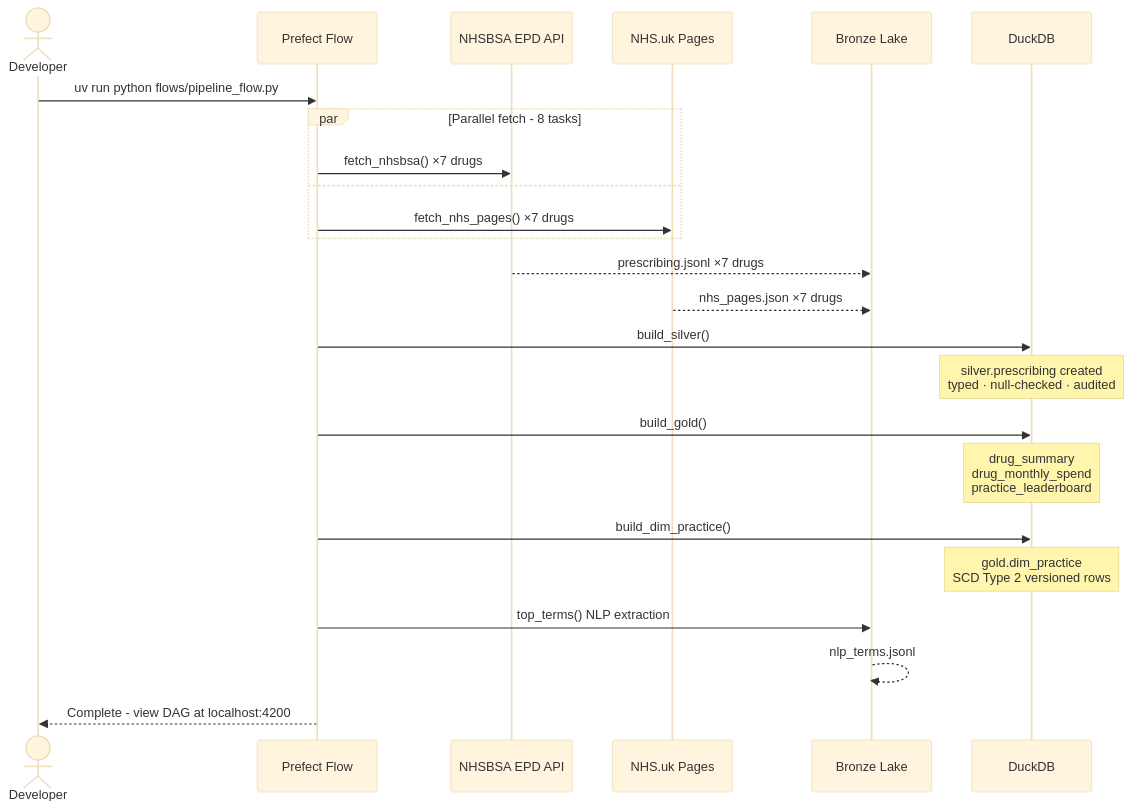
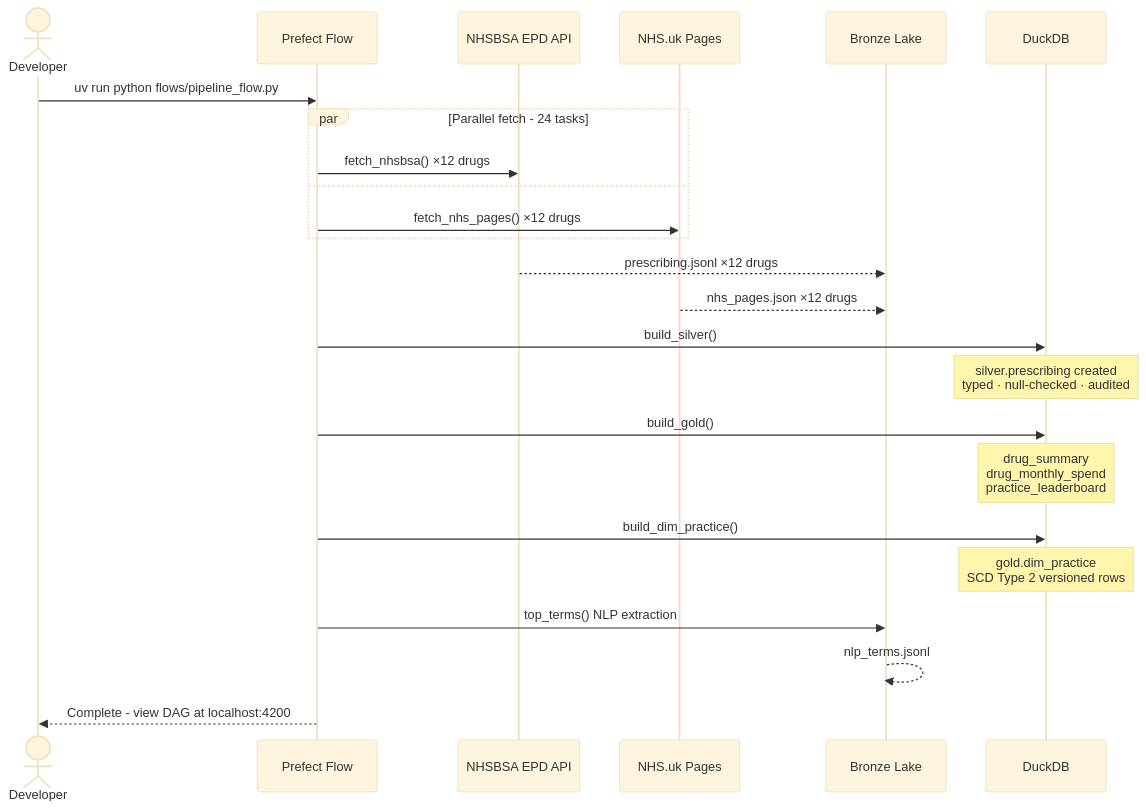
One commit to po-DRA/uk-healthcare-big-data-pipeline changed the second of 3 diagrams in README.md. Above: the diagram before and after it, drawn with Mermaid (base theme). The commit also changed other lines of this file and 2 other files, not shown here.

Commit message:
Fix doc inconsistencies and update for 12-drug pipeline
- LABS.md: fix Bronze glob pattern (lake/*/*), CCG count (135→106),
  NLP example drugs (salbutamol had 0 terms), stale "four drugs" ref,
  add Codespaces PREFECT_UI_API_URL instructions
- README.md: update parallel task counts (8→24, 7→12 drugs) in flowchart,
  sequence diagram, and Prefect section; fix output filename node

````diff
--- a/README.md
+++ b/README.md
@@ -192,34 +192,34 @@
 ```mermaid
 sequenceDiagram
     actor Dev as Developer
     participant PF as Prefect Flow
     participant API as NHSBSA EPD API
     participant NHS as NHS.uk Pages
     participant Bronze as Bronze Lake
     participant DB as DuckDB
 
     Dev->>PF: uv run python flows/pipeline_flow.py
 
-    par Parallel fetch - 8 tasks
-        PF->>API: fetch_nhsbsa() ×7 drugs
+    par Parallel fetch - 24 tasks
+        PF->>API: fetch_nhsbsa() ×12 drugs
     and
-        PF->>NHS: fetch_nhs_pages() ×7 drugs
+        PF->>NHS: fetch_nhs_pages() ×12 drugs
     end
 
-    API-->>Bronze: prescribing.jsonl ×7 drugs
-    NHS-->>Bronze: nhs_pages.json ×7 drugs
+    API-->>Bronze: prescribing.jsonl ×12 drugs
+    NHS-->>Bronze: nhs_pages.json ×12 drugs
 
     PF->>DB: build_silver()
     Note over DB: silver.prescribing created<br/>typed · null-checked · audited
 
     PF->>DB: build_gold()
     Note over DB: drug_summary<br/>drug_monthly_spend<br/>practice_leaderboard
 
     PF->>DB: build_dim_practice()
     Note over DB: gold.dim_practice<br/>SCD Type 2 versioned rows
 
     PF->>Bronze: top_terms() NLP extraction
     Bronze-->>Bronze: nlp_terms.jsonl
 
     PF-->>Dev: Complete - view DAG at localhost:4200
 ```
````
